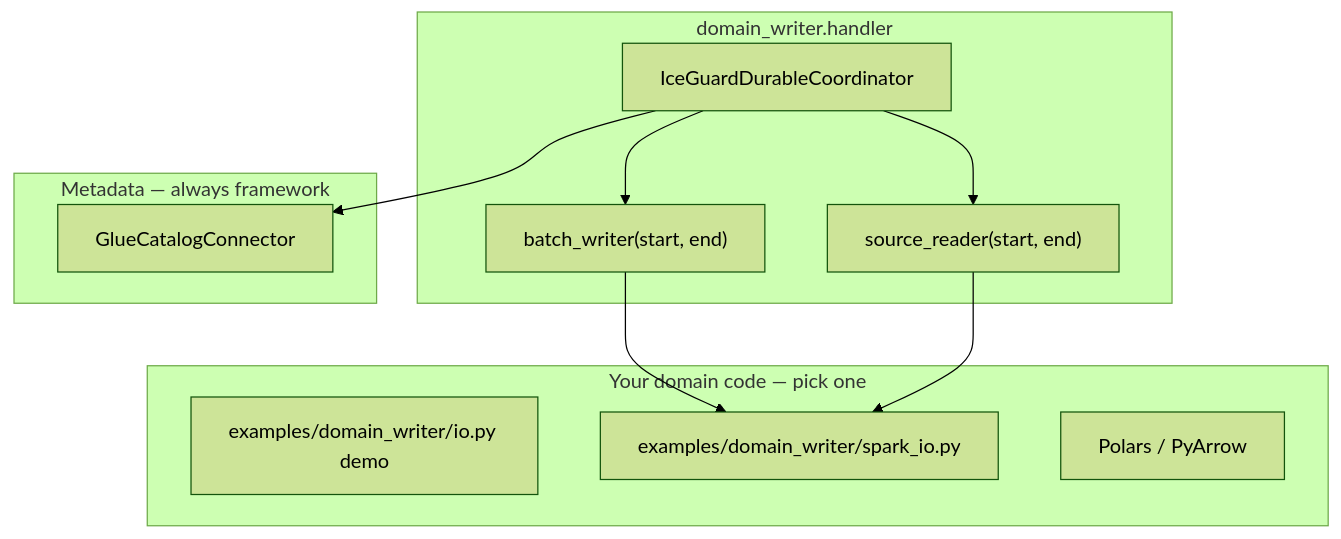
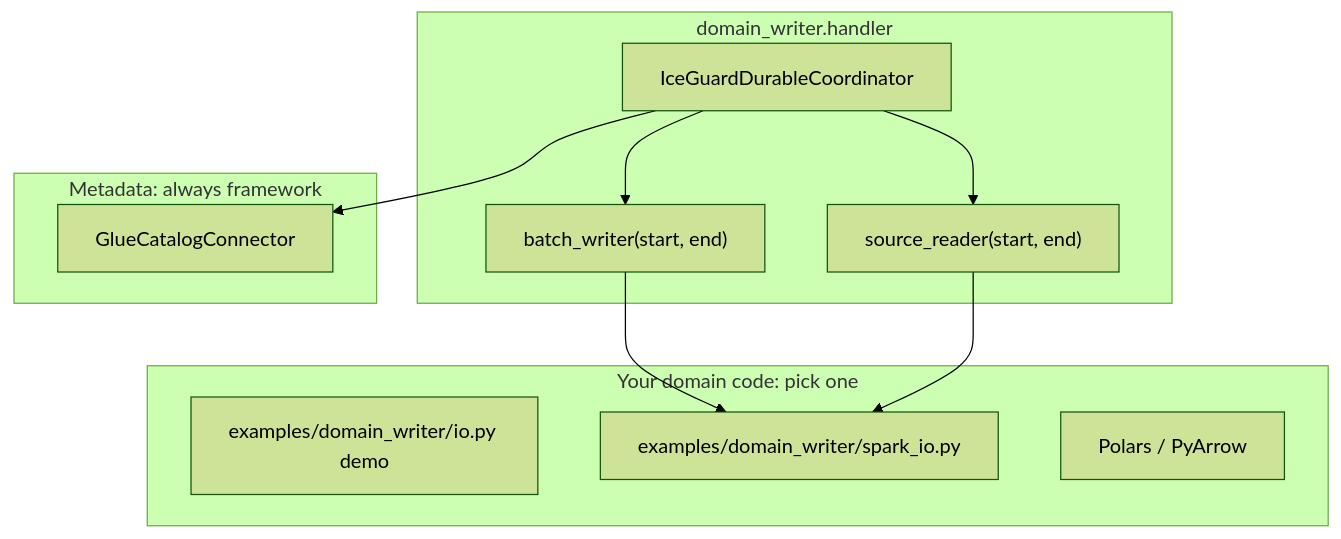
Before and after one commit to vaquarkhan/aws-serverless-datamesh-framework: the fourth of 7 diagrams in docs/glue-connector.md, drawn with Mermaid (forest theme). The commit also changed other lines of this file and 30 other files, not shown here.

First line of the commit message:
Remove em dashes across docs and code; add why-framework article.

````diff
--- a/docs/glue-connector.md
+++ b/docs/glue-connector.md
@@ -168,24 +168,24 @@
 ```mermaid
 flowchart TB
     subgraph handler [domain_writer.handler]
         COORD[IceGuardDurableCoordinator]
         BW["batch_writer(start, end)"]
         SR["source_reader(start, end)"]
         COORD --> BW
         COORD --> SR
     end
 
-    subgraph spark_impl [Your domain code — pick one]
+    subgraph spark_impl [Your domain code: pick one]
         DEMO[examples/domain_writer/io.py demo]
         SPARK[examples/domain_writer/spark_io.py]
         POLARS[Polars / PyArrow]
     end
 
-    subgraph connector [Metadata — always framework]
+    subgraph connector [Metadata: always framework]
         GCC[GlueCatalogConnector]
     end
 
     BW --> SPARK
     SR --> SPARK
     COORD --> GCC
 ```
````
